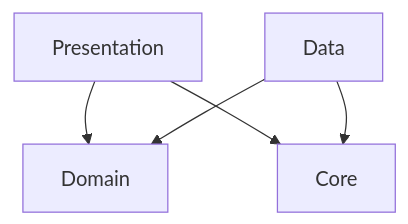
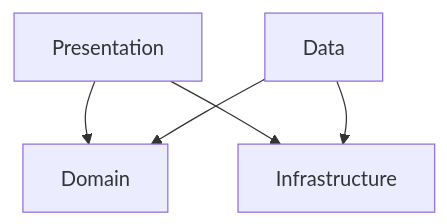
One commit to ty-kim/KakaoImageSearch changed the diagram in README.md. Above: the diagram before and after it, drawn with Mermaid. The commit also changed other lines of this file and 9 other files, not shown here.

````diff
--- a/README.md
+++ b/README.md
@@ -35,7 +35,7 @@
 ```mermaid
 graph TD
     Presentation --> Domain
     Data --> Domain
-    Presentation --> Core
-    Data --> Core
+    Presentation --> Infrastructure
+    Data --> Infrastructure
 ```
````
